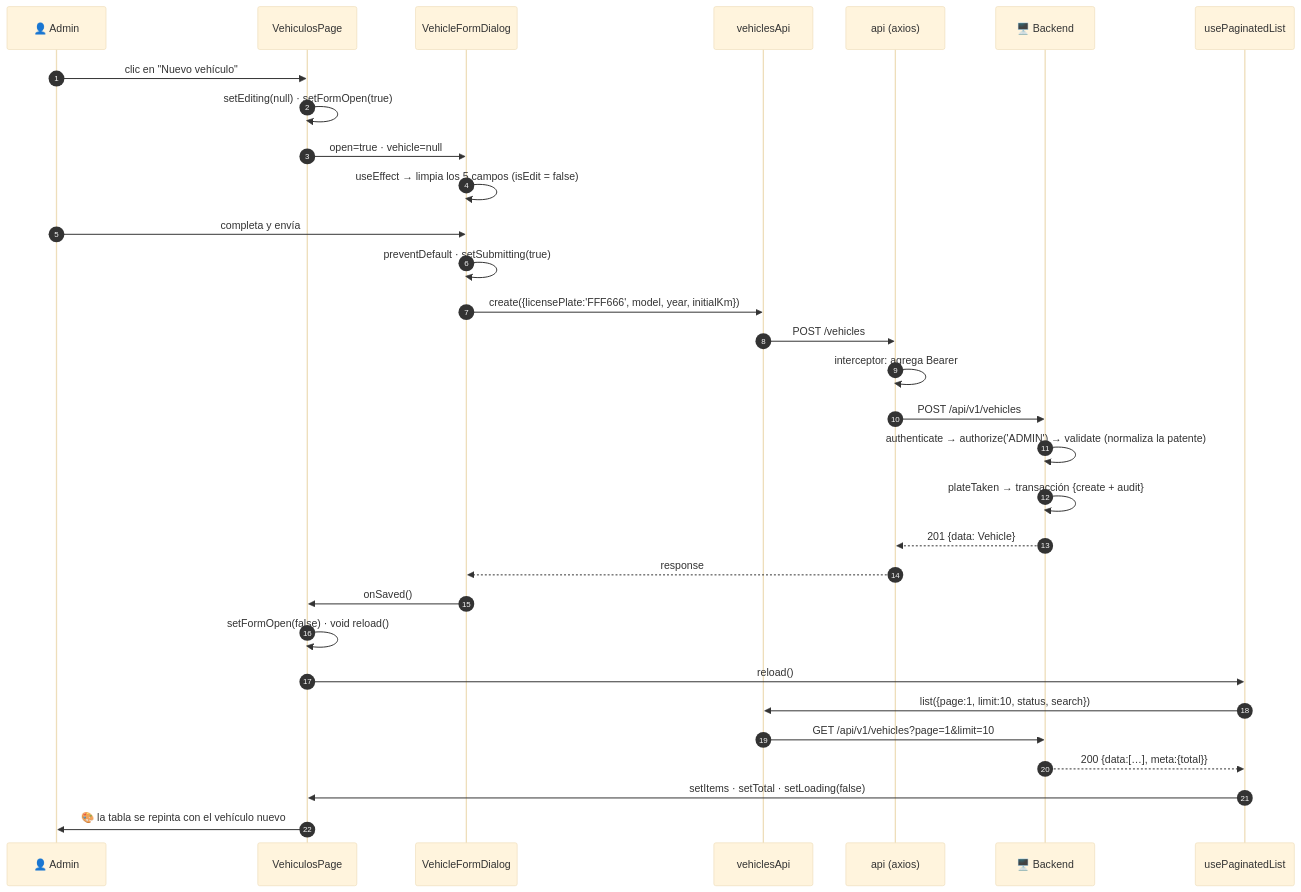
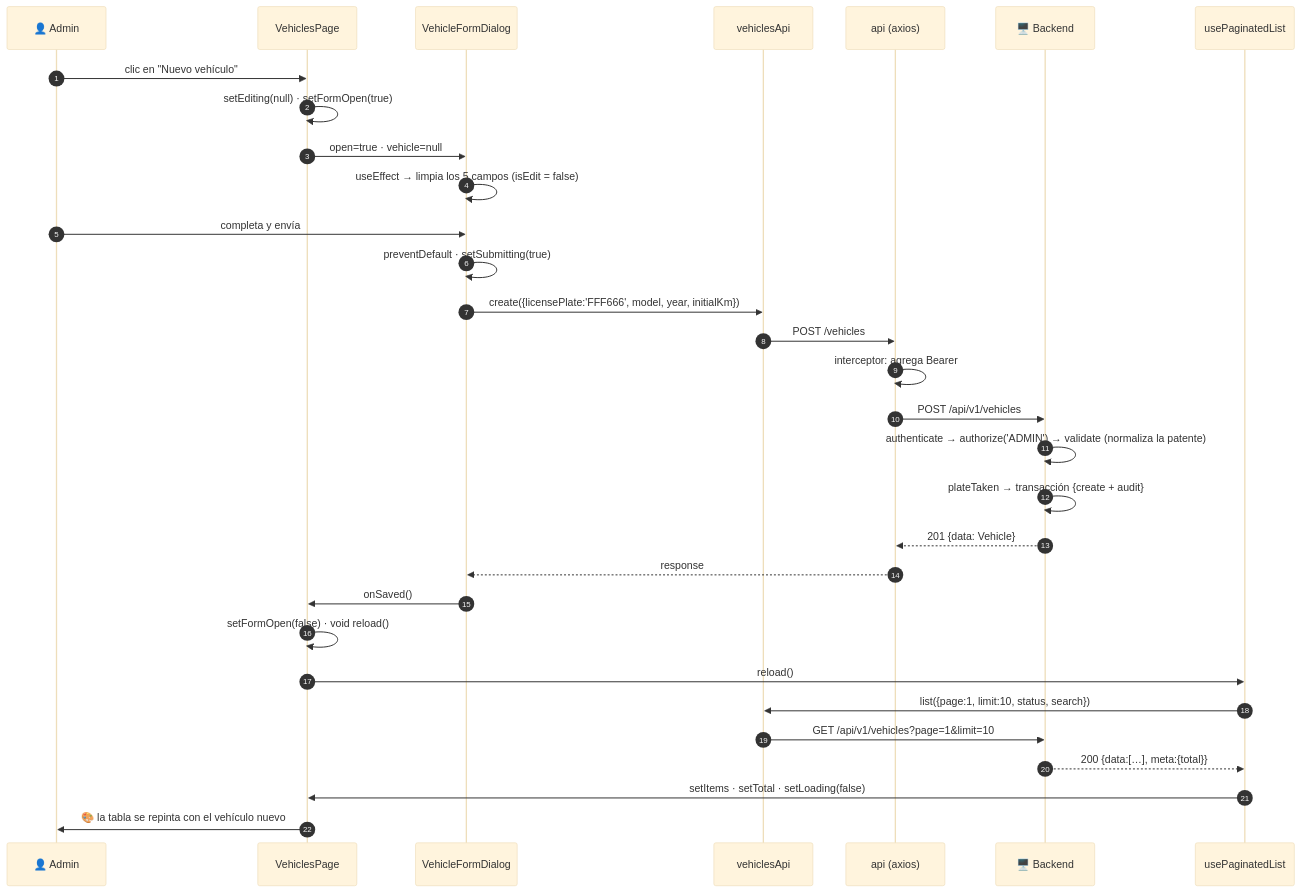
One commit to roman5983/Gesti-n-Log-stica-y-Flota- changed the fourth of 4 diagrams in docs/manual-tecnico/22a-frontend-pantallas-abm.md. Above: the diagram before and after it, drawn with Mermaid (base theme). The commit also changed other lines of this file and 55 other files, not shown here.

````diff
--- a/docs/manual-tecnico/22a-frontend-pantallas-abm.md
+++ b/docs/manual-tecnico/22a-frontend-pantallas-abm.md
@@ -853,34 +853,34 @@
 ```mermaid
 sequenceDiagram
     autonumber
     participant U as 👤 Admin
-    participant P as VehiculosPage
+    participant P as VehiclesPage
     participant D as VehicleFormDialog
     participant A as vehiclesApi
     participant AX as api (axios)
     participant B as 🖥️ Backend
     participant H as usePaginatedList
 
     U->>P: clic en "Nuevo vehículo"
     P->>P: setEditing(null) · setFormOpen(true)
     P->>D: open=true · vehicle=null
     D->>D: useEffect → limpia los 5 campos (isEdit = false)
     U->>D: completa y envía
     D->>D: preventDefault · setSubmitting(true)
     D->>A: create({licensePlate:'FFF666', model, year, initialKm})
     A->>AX: POST /vehicles
     AX->>AX: interceptor: agrega Bearer
     AX->>B: POST /api/v1/vehicles
     B->>B: authenticate → authorize('ADMIN') → validate (normaliza la patente)
     B->>B: plateTaken → transacción {create + audit}
     B-->>AX: 201 {data: Vehicle}
     AX-->>D: response
     D->>P: onSaved()
     P->>P: setFormOpen(false) · void reload()
     P->>H: reload()
     H->>A: list({page:1, limit:10, status, search})
     A->>B: GET /api/v1/vehicles?page=1&limit=10
     B-->>H: 200 {data:[…], meta:{total}}
     H->>P: setItems · setTotal · setLoading(false)
     P->>U: 🎨 la tabla se repinta con el vehículo nuevo
 ```
````
